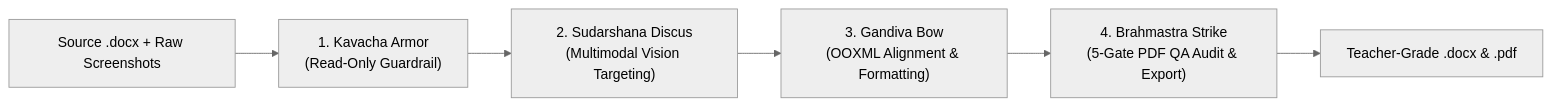
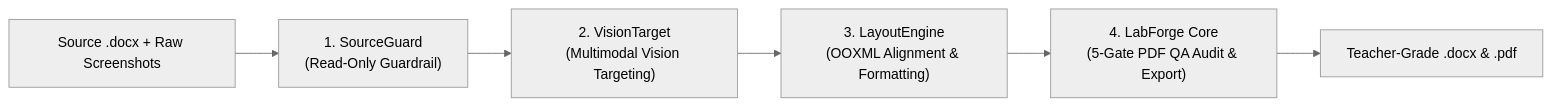
The diagram in README.md (cid-moosa/labforge), drawn with Mermaid (neutral theme) before and after one commit. The commit also changed other lines of this file and 10 other files, not shown here.

Commit message:
refactor: rename project to LabForge with professional engineering architecture

````diff
--- a/README.md
+++ b/README.md
@@ -23,8 +23,8 @@
 ```mermaid
 flowchart LR
-    A["Source .docx + Raw Screenshots"] --> B["1. Kavacha Armor<br/>(Read-Only Guardrail)"]
-    B --> C["2. Sudarshana Discus<br/>(Multimodal Vision Targeting)"]
-    C --> D["3. Gandiva Bow<br/>(OOXML Alignment & Formatting)"]
-    D --> E["4. Brahmastra Strike<br/>(5-Gate PDF QA Audit & Export)"]
+    A["Source .docx + Raw Screenshots"] --> B["1. SourceGuard<br/>(Read-Only Guardrail)"]
+    B --> C["2. VisionTarget<br/>(Multimodal Vision Targeting)"]
+    C --> D["3. LayoutEngine<br/>(OOXML Alignment & Formatting)"]
+    D --> E["4. LabForge Core<br/>(5-Gate PDF QA Audit & Export)"]
     E --> F["Teacher-Grade .docx & .pdf"]
 ```
````
